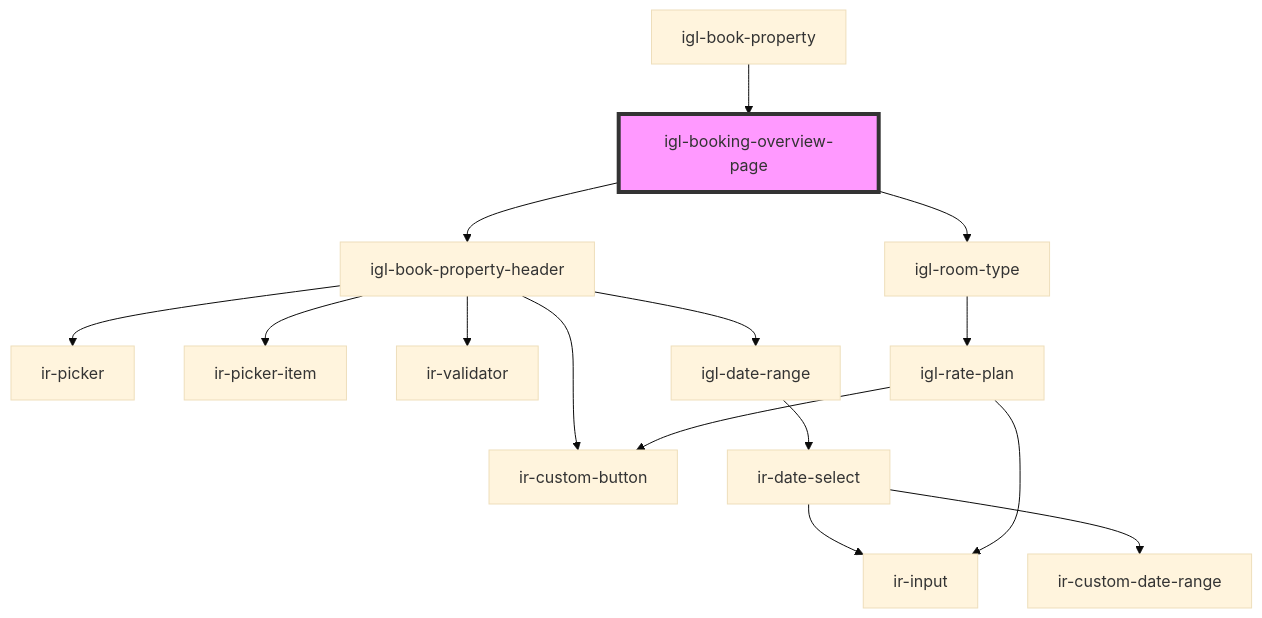
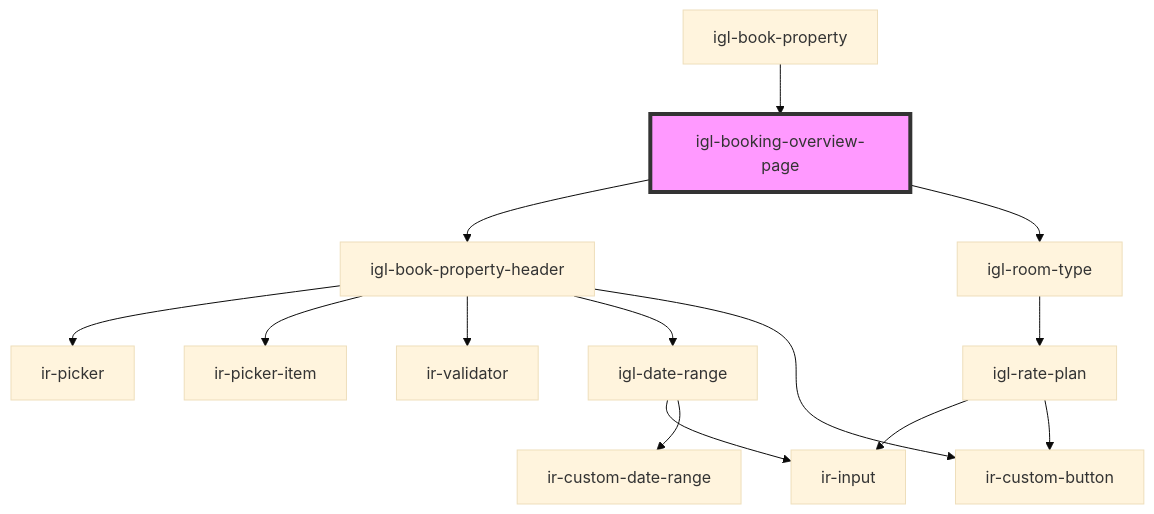
The diagram in src/components/igloo-calendar/igl-book-property/igl-booking-overview-page/readme.md (RonyRizk/ir-webcmp), drawn with Mermaid (base theme) before and after one commit. The commit also changed 43 other files, not shown here.

````diff
--- a/src/components/igloo-calendar/igl-book-property/igl-booking-overview-page/readme.md
+++ b/src/components/igloo-calendar/igl-book-property/igl-booking-overview-page/readme.md
@@ -45,18 +45,17 @@
 ```mermaid
 graph TD;
   igl-booking-overview-page --> igl-book-property-header
   igl-booking-overview-page --> igl-room-type
   igl-book-property-header --> ir-picker
   igl-book-property-header --> ir-picker-item
   igl-book-property-header --> ir-validator
   igl-book-property-header --> igl-date-range
   igl-book-property-header --> ir-custom-button
-  igl-date-range --> ir-date-select
-  ir-date-select --> ir-input
-  ir-date-select --> ir-custom-date-range
+  igl-date-range --> ir-input
+  igl-date-range --> ir-custom-date-range
   igl-room-type --> igl-rate-plan
   igl-rate-plan --> ir-input
   igl-rate-plan --> ir-custom-button
   igl-book-property --> igl-booking-overview-page
   style igl-booking-overview-page fill:#f9f,stroke:#333,stroke-width:4px
 ```
````
